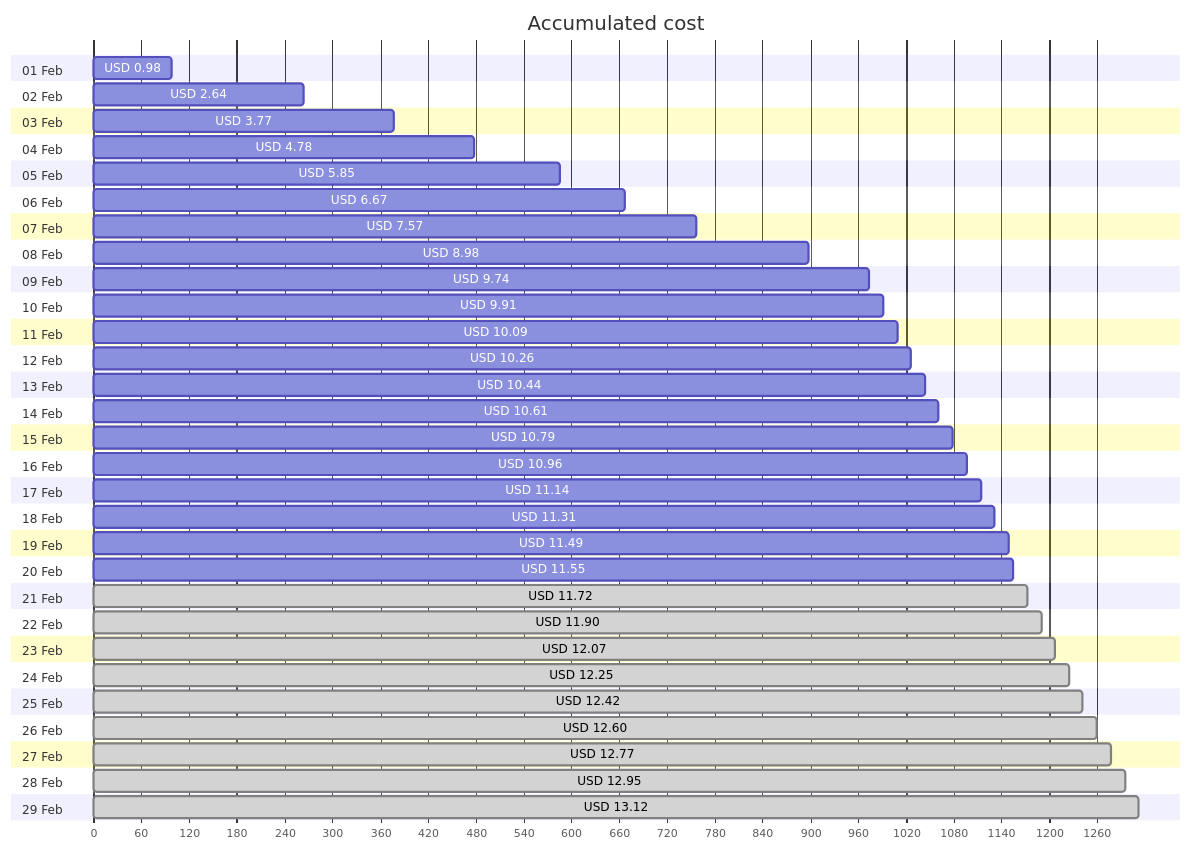
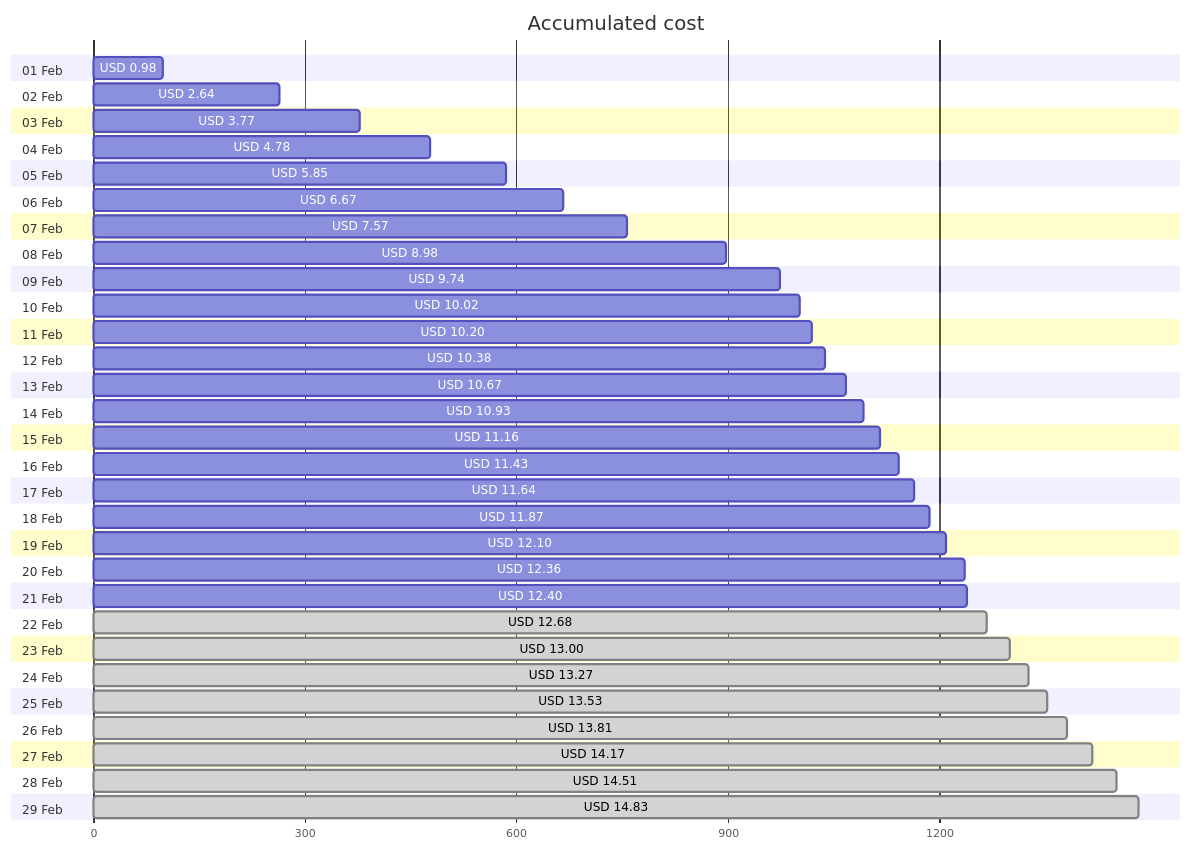
The first of 4 diagrams in cost-reports/personal-network/vpn-server.md (jpfulton/azure-personal-reports), drawn with Mermaid before and after one commit. The commit also changed other lines of this file and 8 other files, not shown here.

````diff
--- a/cost-reports/personal-network/vpn-server.md
+++ b/cost-reports/personal-network/vpn-server.md
@@ -20,64 +20,64 @@
 ```mermaid
 gantt
    title Accumulated cost
    dateFormat  X
    axisFormat %s
    section 01 Feb
    USD 0.98 :0, 98
    section 02 Feb
    USD 2.64 :0, 264
    section 03 Feb
    USD 3.77 :0, 377
    section 04 Feb
    USD 4.78 :0, 478
    section 05 Feb
    USD 5.85 :0, 585
    section 06 Feb
    USD 6.67 :0, 667
    section 07 Feb
    USD 7.57 :0, 757
    section 08 Feb
    USD 8.98 :0, 898
    section 09 Feb
    USD 9.74 :0, 974
    section 10 Feb
-   USD 9.91 :0, 991
+   USD 10.02 :0, 1002
    section 11 Feb
-   USD 10.09 :0, 1009
+   USD 10.20 :0, 1020
    section 12 Feb
-   USD 10.26 :0, 1026
+   USD 10.38 :0, 1038
    section 13 Feb
-   USD 10.44 :0, 1044
+   USD 10.67 :0, 1067
    section 14 Feb
-   USD 10.61 :0, 1061
+   USD 10.93 :0, 1093
    section 15 Feb
-   USD 10.79 :0, 1079
+   USD 11.16 :0, 1116
    section 16 Feb
-   USD 10.96 :0, 1096
+   USD 11.43 :0, 1143
    section 17 Feb
-   USD 11.14 :0, 1114
+   USD 11.64 :0, 1164
    section 18 Feb
-   USD 11.31 :0, 1131
+   USD 11.87 :0, 1187
    section 19 Feb
-   USD 11.49 :0, 1149
+   USD 12.10 :0, 1210
    section 20 Feb
-   USD 11.55 :0, 1155
+   USD 12.36 :0, 1236
    section 21 Feb
-   USD 11.72 : done, 0, 1172
+   USD 12.40 :0, 1240
    section 22 Feb
-   USD 11.90 : done, 0, 1190
+   USD 12.68 : done, 0, 1268
    section 23 Feb
-   USD 12.07 : done, 0, 1207
+   USD 13.00 : done, 0, 1300
    section 24 Feb
-   USD 12.25 : done, 0, 1225
+   USD 13.27 : done, 0, 1327
    section 25 Feb
-   USD 12.42 : done, 0, 1242
+   USD 13.53 : done, 0, 1353
    section 26 Feb
-   USD 12.60 : done, 0, 1260
+   USD 13.81 : done, 0, 1381
    section 27 Feb
-   USD 12.77 : done, 0, 1277
+   USD 14.17 : done, 0, 1417
    section 28 Feb
-   USD 12.95 : done, 0, 1295
+   USD 14.51 : done, 0, 1451
    section 29 Feb
-   USD 13.12 : done, 0, 1312
+   USD 14.83 : done, 0, 1483
 ```
````
